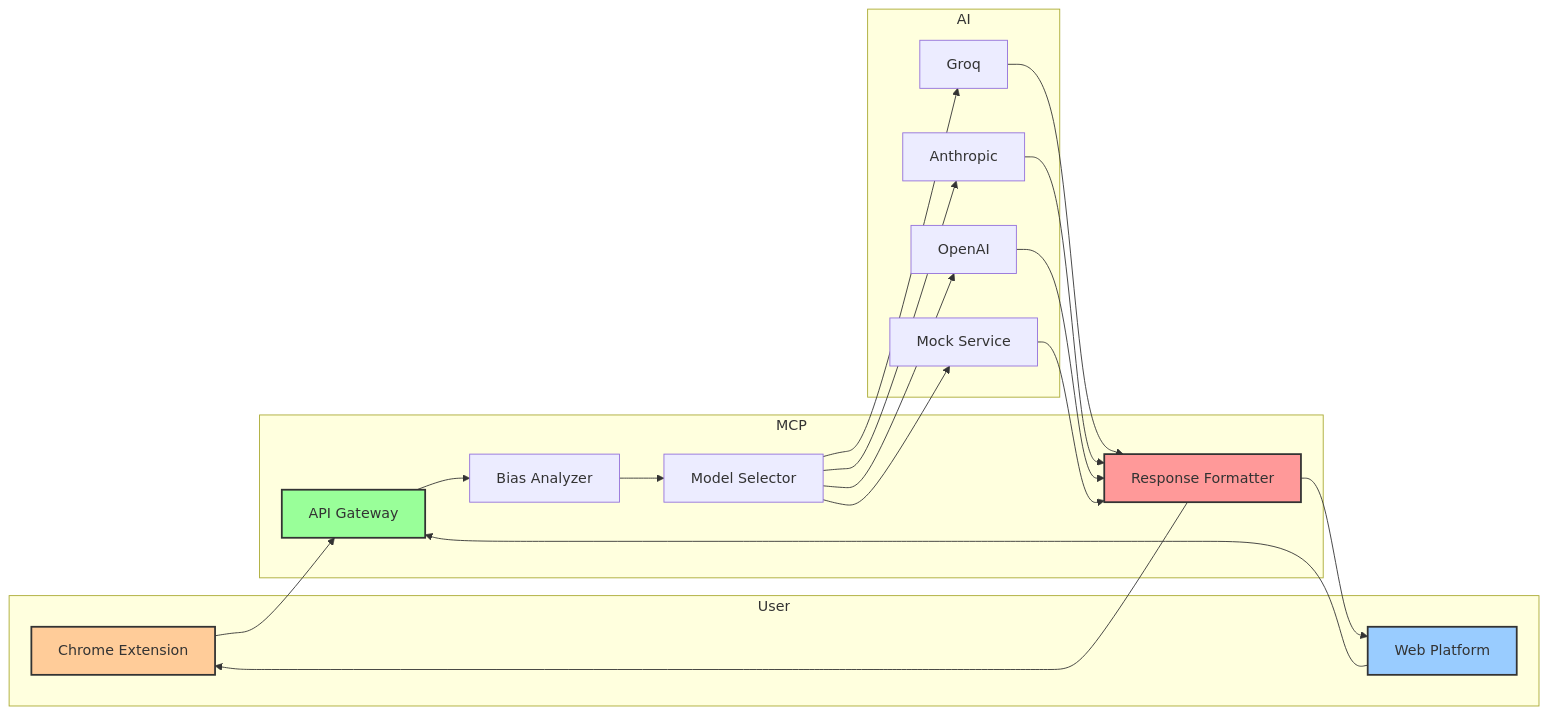
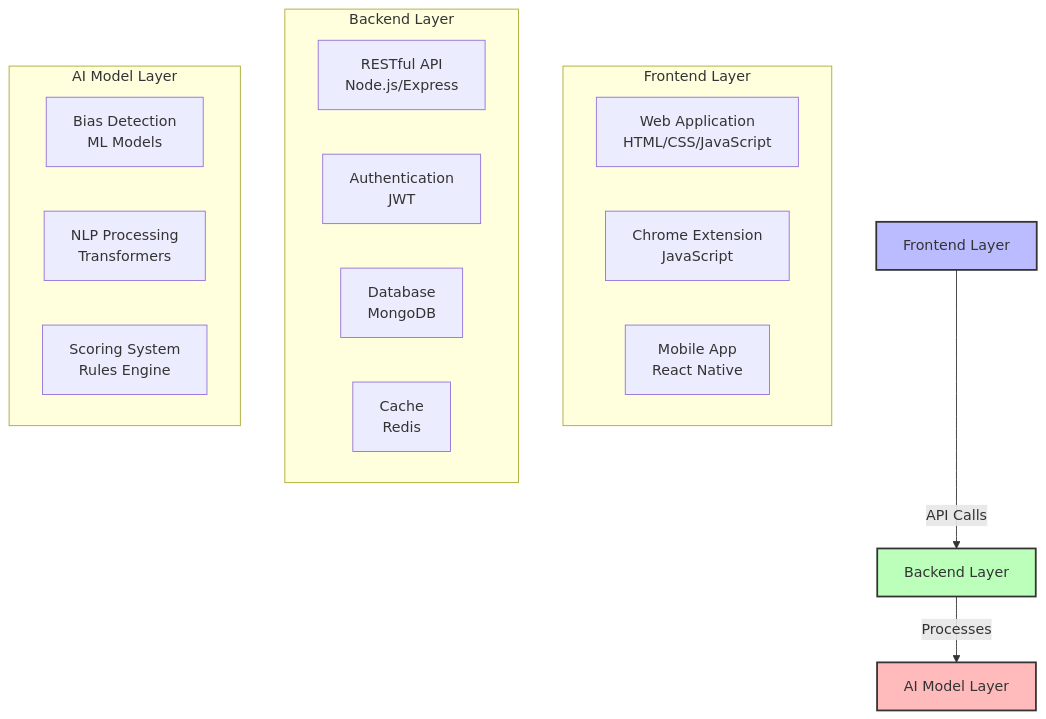
Before and after one commit to amarzeus/Biasbuster: the fifth of 5 diagrams in FLOWCHART.md, drawn with Mermaid. The commit also changed other lines of this file and 45 other files, not shown here.

````diff
--- a/FLOWCHART.md
+++ b/FLOWCHART.md
@@ -237,41 +128,28 @@
 ```mermaid
-flowchart LR
-    subgraph User
-        A[Chrome Extension]
-        B[Web Platform]
+graph TB
+    Frontend[Frontend Layer] --> |API Calls| Backend[Backend Layer]
+    Backend --> |Processes| Model[AI Model Layer]
+    
+    subgraph Frontend Layer
+        WebApp[Web Application<br>HTML/CSS/JavaScript]
+        ChromeExt[Chrome Extension<br>JavaScript]
+        Mobile[Mobile App<br>React Native]
     end
     
-    subgraph MCP
-        C[API Gateway]
-        D[Bias Analyzer]
-        E[Model Selector]
-        F[Response Formatter]
+    subgraph Backend Layer
+        API[RESTful API<br>Node.js/Express]
+        Auth[Authentication<br>JWT]
+        Database[Database<br>MongoDB]
+        Cache[Cache<br>Redis]
     end
     
-    subgraph AI
-        G[Groq]
-        H[Anthropic]
-        I[OpenAI]
-        J[Mock Service]
+    subgraph AI Model Layer
+        BiasDetection[Bias Detection<br>ML Models]
+        NLP[NLP Processing<br>Transformers]
+        Scoring[Scoring System<br>Rules Engine]
     end
     
-    A --> C
-    B --> C
-    C --> D
-    D --> E
-    E --> G
-    E --> H
-    E --> I
-    E --> J
-    G --> F
-    H --> F
-    I --> F
-    J --> F
-    F --> A
-    F --> B
-    
-    style A fill:#ffcc99,stroke:#333,stroke-width:2px
-    style B fill:#99ccff,stroke:#333,stroke-width:2px
-    style C fill:#99ff99,stroke:#333,stroke-width:2px
-    style F fill:#ff9999,stroke:#333,stroke-width:2px
-``` 
+    style Frontend fill:#bbf,stroke:#333,stroke-width:2px
+    style Backend fill:#bfb,stroke:#333,stroke-width:2px
+    style Model fill:#fbb,stroke:#333,stroke-width:2px
+```
````
